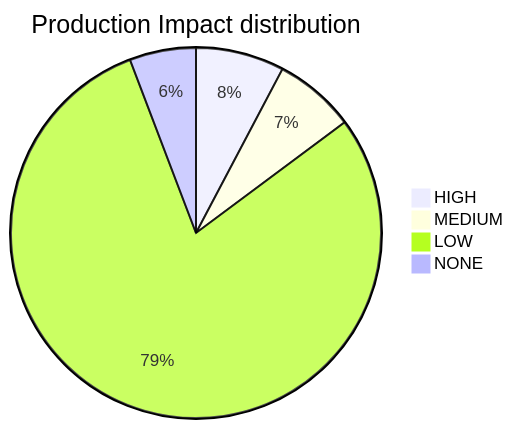
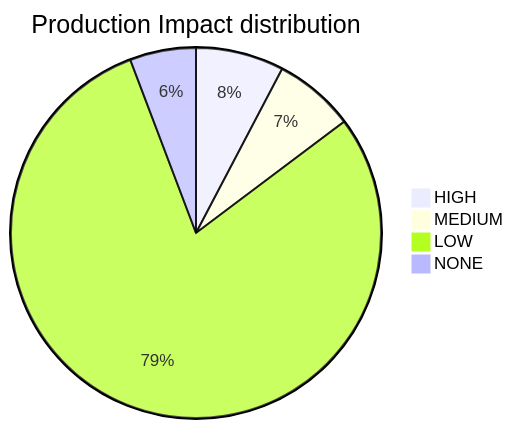
Before and after one commit to mikeybeezy/goldenpath-idp-infra: the diagram in PLATFORM_HEALTH.md, drawn with Mermaid. The commit also changed other lines of this file, not shown here.

````diff
--- a/PLATFORM_HEALTH.md
+++ b/PLATFORM_HEALTH.md
@@ -55,7 +55,7 @@
 ```mermaid
 pie title Production Impact distribution
     "HIGH" : 36
     "MEDIUM" : 33
-    "LOW" : 370
+    "LOW" : 372
     "NONE" : 27
 ```
````
